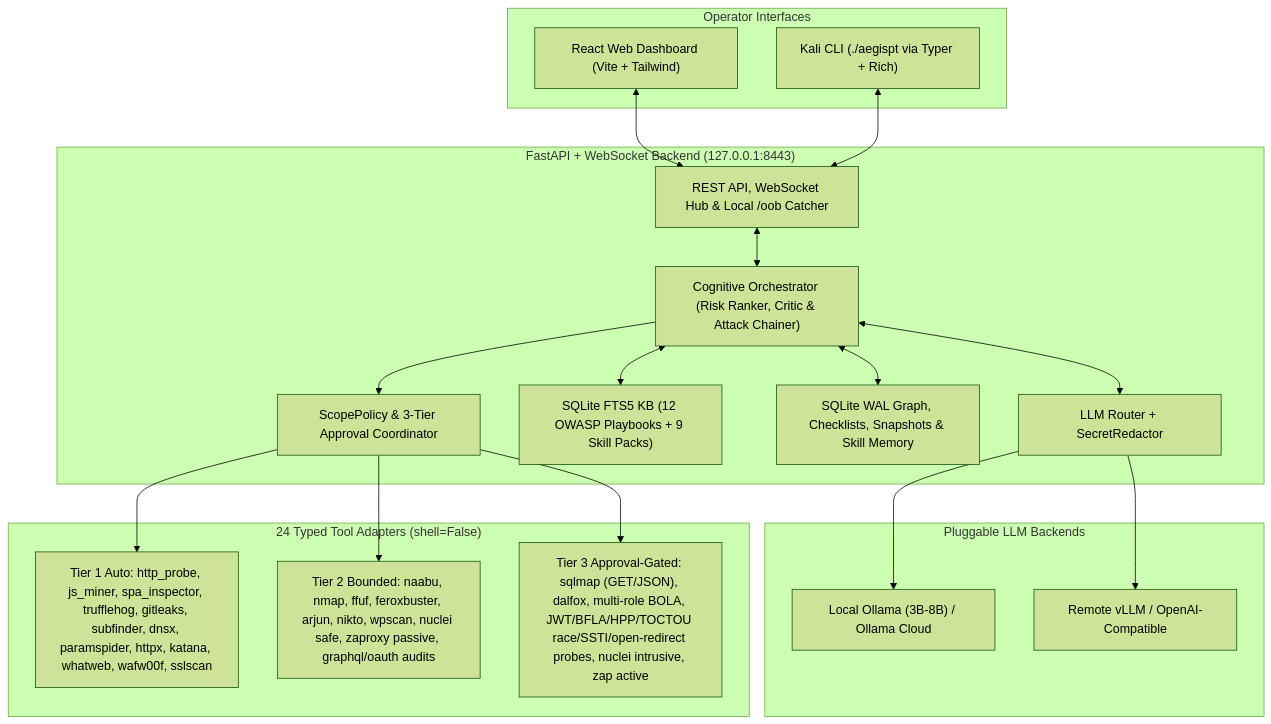
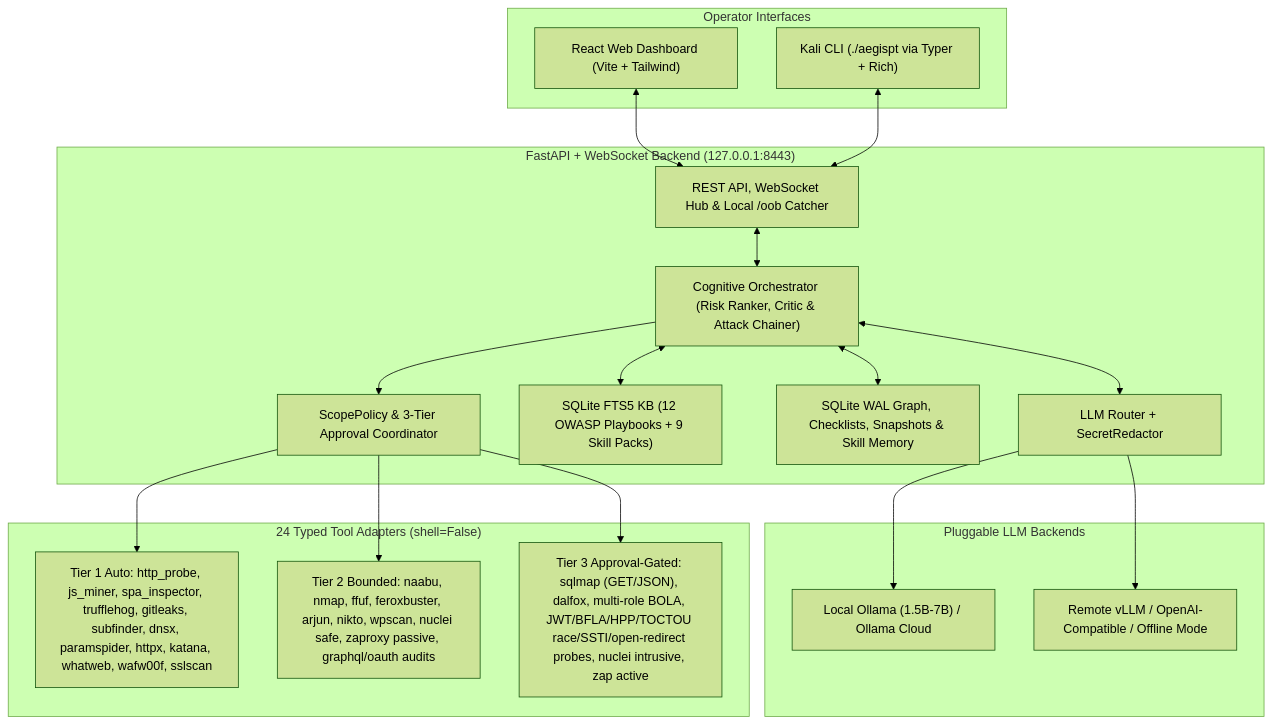
Before and after one commit to willygailo/AI-ko: the first of 2 diagrams in README.md, drawn with Mermaid (forest theme). The commit also changed other lines of this file and 96 other files, not shown here.

````diff
--- a/README.md
+++ b/README.md
@@ -41,40 +41,40 @@
 ```mermaid
 flowchart TD
     subgraph Interfaces["Operator Interfaces"]
         WEB["React Web Dashboard (Vite + Tailwind)"]
         CLI["Kali CLI (./aegispt via Typer + Rich)"]
     end
 
     subgraph Core["FastAPI + WebSocket Backend (127.0.0.1:8443)"]
         API["REST API, WebSocket Hub & Local /oob Catcher"]
         ORCH["Cognitive Orchestrator (Risk Ranker, Critic & Attack Chainer)"]
         POL["ScopePolicy & 3-Tier Approval Coordinator"]
         KB["SQLite FTS5 KB (12 OWASP Playbooks + 9 Skill Packs)"]
         DB["SQLite WAL Graph, Checklists, Snapshots & Skill Memory"]
         LLM["LLM Router + SecretRedactor"]
     end
 
     subgraph Models["Pluggable LLM Backends"]
-        OLLAMA["Local Ollama (3B-8B) / Ollama Cloud"]
-        REMOTE["Remote vLLM / OpenAI-Compatible"]
+        OLLAMA["Local Ollama (1.5B-7B) / Ollama Cloud"]
+        REMOTE["Remote vLLM / OpenAI-Compatible / Offline Mode"]
     end
 
     subgraph Tools["24 Typed Tool Adapters (shell=False)"]
         T1["Tier 1 Auto: http_probe, js_miner, spa_inspector, trufflehog, gitleaks, subfinder, dnsx, paramspider, httpx, katana, whatweb, wafw00f, sslscan"]
         T2["Tier 2 Bounded: naabu, nmap, ffuf, feroxbuster, arjun, nikto, wpscan, nuclei safe, zaproxy passive, graphql/oauth audits"]
         T3["Tier 3 Approval-Gated: sqlmap (GET/JSON), dalfox, multi-role BOLA, JWT/BFLA/HPP/TOCTOU race/SSTI/open-redirect probes, nuclei intrusive, zap active"]
     end
 
     WEB <--> API
     CLI <--> API
     API <--> ORCH
     ORCH <--> KB
     ORCH <--> DB
     ORCH <--> LLM
     LLM --> OLLAMA
     LLM --> REMOTE
     ORCH --> POL
     POL --> T1
     POL --> T2
     POL --> T3
 ```
````
